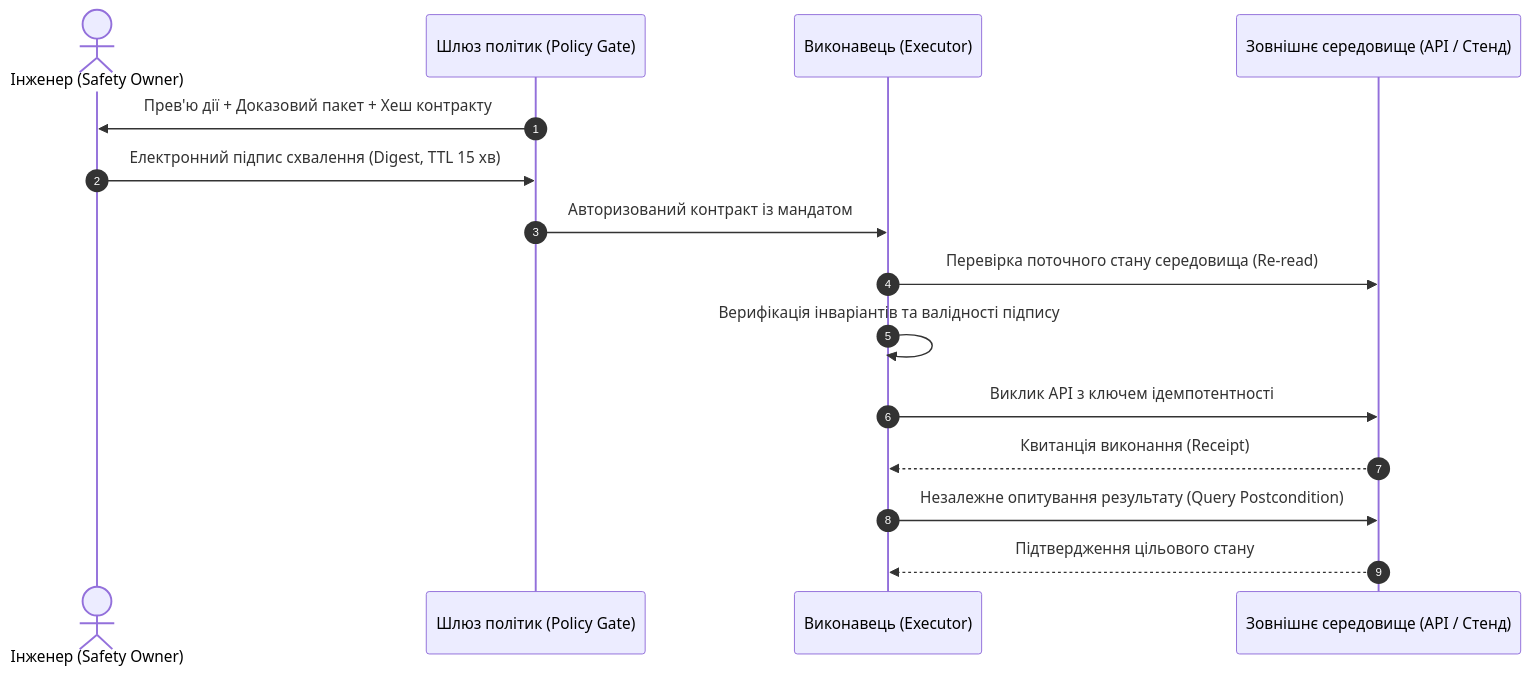
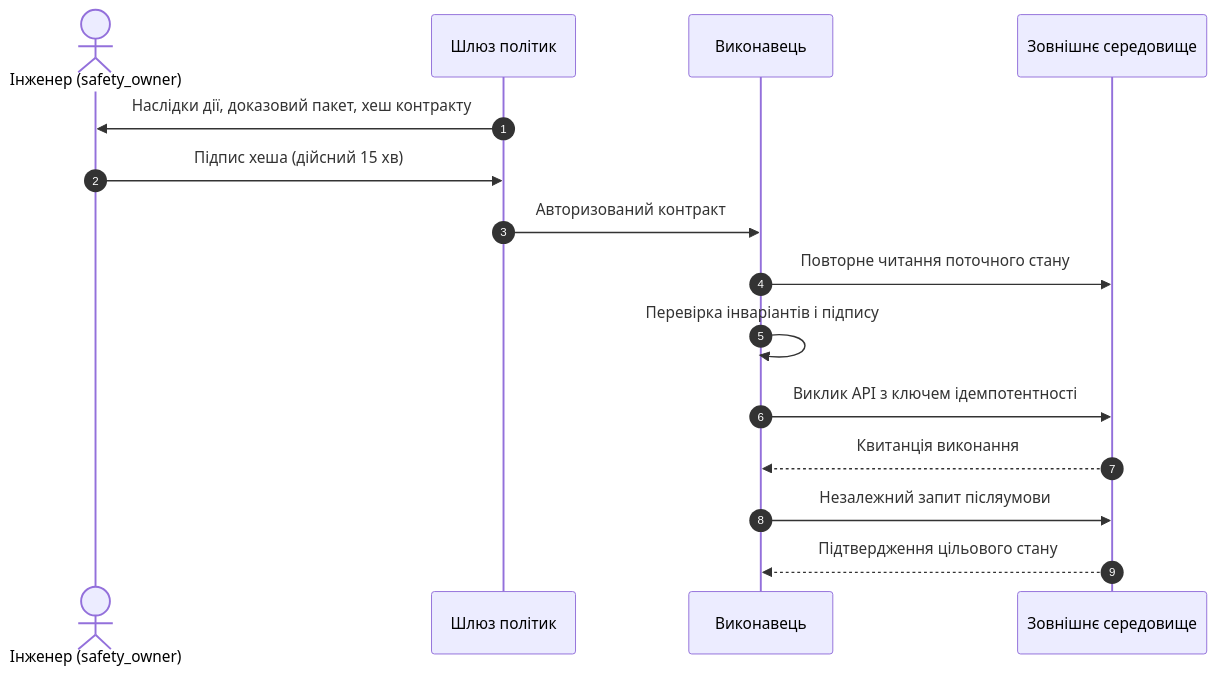
One commit to nick-fedchik/articles changed the third of 5 diagrams in ExpertSystem/ch21-from-recommendation-to-action.md. Above: the diagram before and after it, drawn with Mermaid. The commit also changed other lines of this file and 4 other files, not shown here.

````diff
--- a/ExpertSystem/ch21-from-recommendation-to-action.md
+++ b/ExpertSystem/ch21-from-recommendation-to-action.md
@@ -179,18 +154,21 @@
 ```mermaid
 sequenceDiagram
+    accTitle: Протокол схвалення дії людиною
+    accDescr: Шлюз політик показує інженерові наслідки дії й хеш контракту, інженер підписує хеш з обмеженим часом дії, виконавець повторно читає стан середовища, перевіряє інваріанти й підпис, виконує виклик із ключем ідемпотентності й незалежно перевіряє післяумову.
+
     autonumber
-    actor H as Інженер (Safety Owner)
-    participant Gate as Шлюз політик (Policy Gate)
-    participant Exec as Виконавець (Executor)
-    participant Env as Зовнішнє середовище (API / Стенд)
+    actor H as Інженер (safety_owner)
+    participant Gate as Шлюз політик
+    participant Exec as Виконавець
+    participant Env as Зовнішнє середовище
 
-    Gate->>H: Прев'ю дії + Доказовий пакет + Хеш контракту
-    H->>Gate: Електронний підпис схвалення (Digest, TTL 15 хв)
-    Gate->>Exec: Авторизований контракт із мандатом
-    Exec->>Env: Перевірка поточного стану середовища (Re-read)
-    Exec->>Exec: Верифікація інваріантів та валідності підпису
+    Gate->>H: Наслідки дії, доказовий пакет, хеш контракту
+    H->>Gate: Підпис хеша (дійсний 15 хв)
+    Gate->>Exec: Авторизований контракт
+    Exec->>Env: Повторне читання поточного стану
+    Exec->>Exec: Перевірка інваріантів і підпису
     Exec->>Env: Виклик API з ключем ідемпотентності
-    Env-->>Exec: Квитанція виконання (Receipt)
-    Exec->>Env: Незалежне опитування результату (Query Postcondition)
+    Env-->>Exec: Квитанція виконання
+    Exec->>Env: Незалежний запит післяумови
     Env-->>Exec: Підтвердження цільового стану
 ```
````
